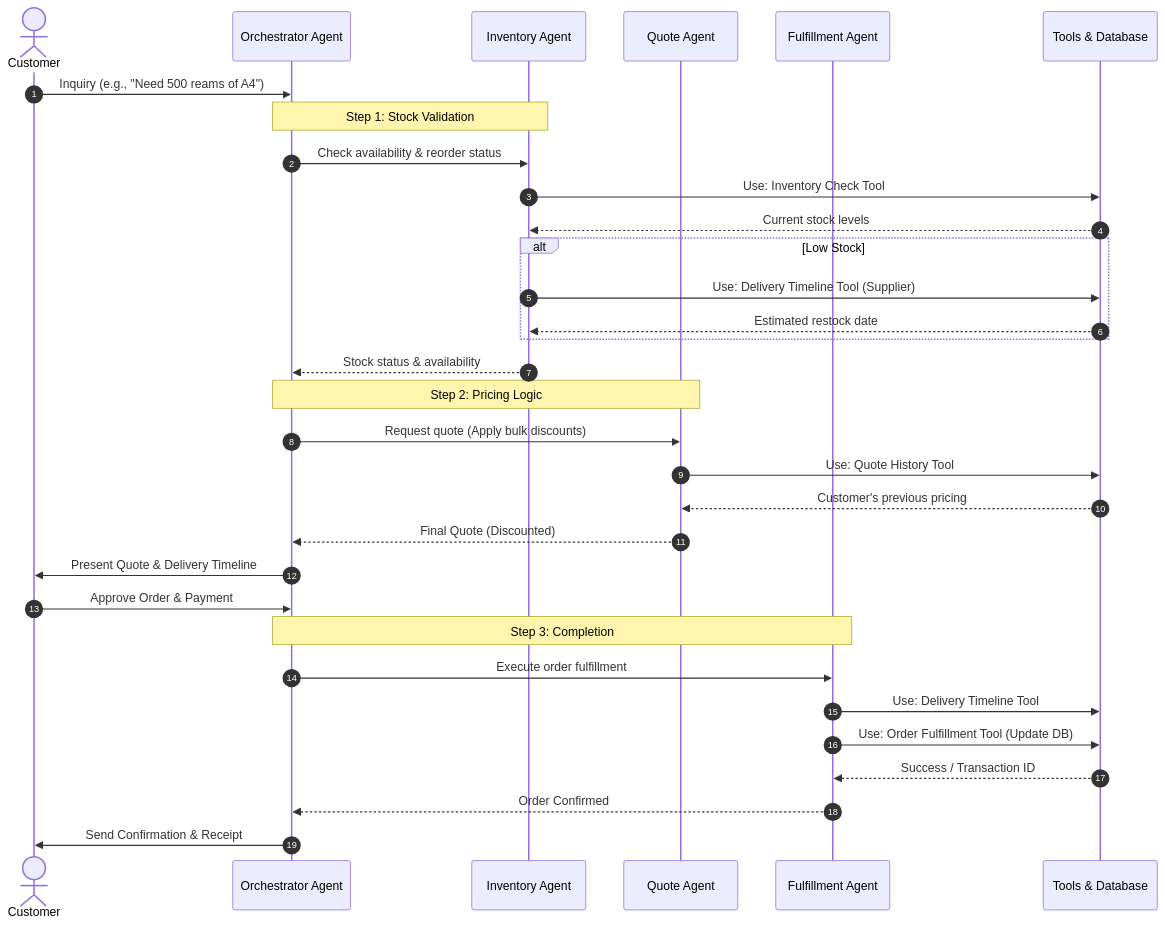
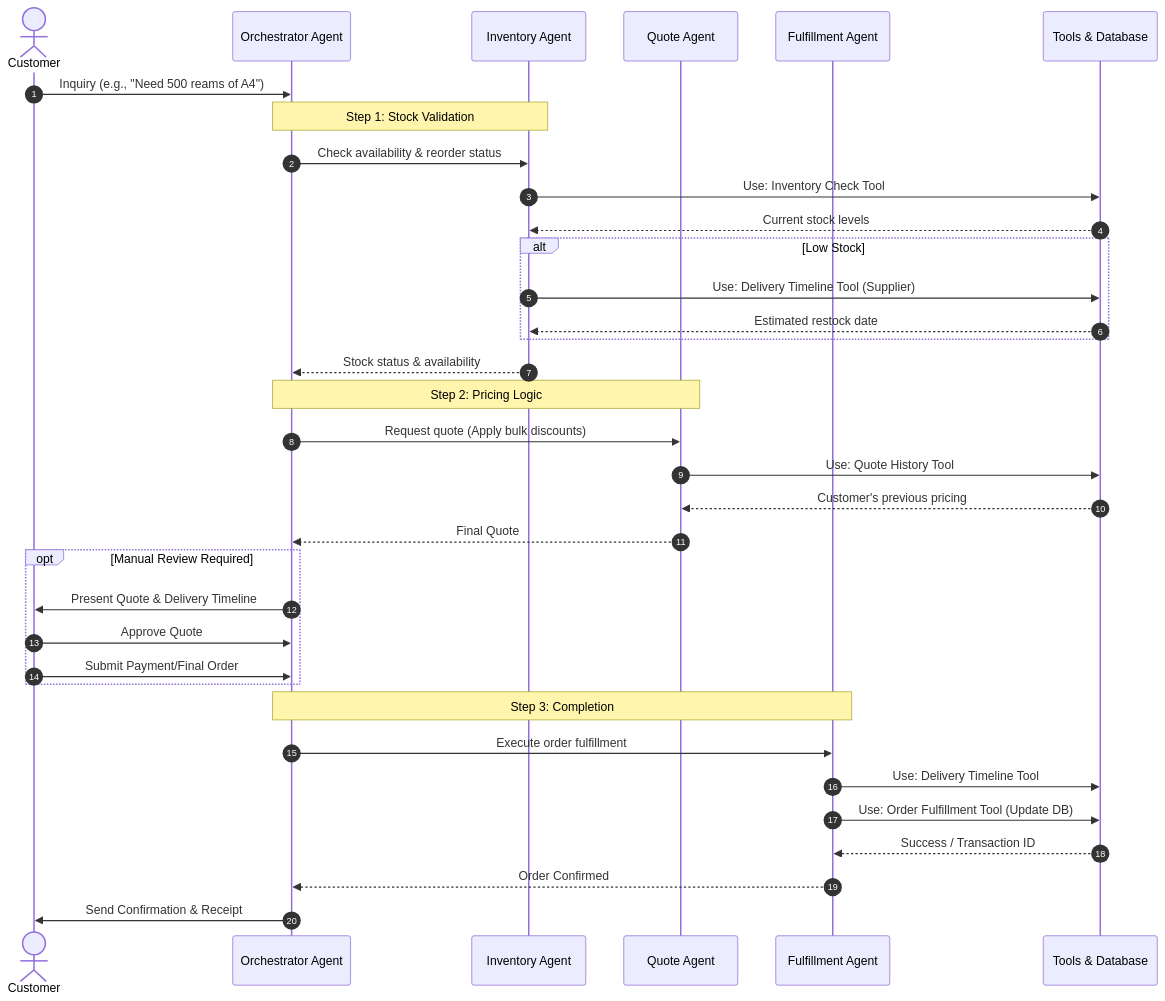
One commit to hsefati/munder_dufflin_multi_agent_system changed the diagram in multi_agent_diagram.md. Above: the diagram before and after it, drawn with Mermaid. The commit also changed 1 other file, not shown here.

Commit message:
docs: add optional step to the diagram

````diff
--- a/multi_agent_diagram.md
+++ b/multi_agent_diagram.md
@@ -2,41 +2,46 @@
 ```mermaid
 sequenceDiagram
     autonumber
     actor Customer
     participant Orch as Orchestrator Agent
     participant Inv as Inventory Agent
     participant Quote as Quote Agent
     participant Full as Fulfillment Agent
     participant DB as Tools & Database
 
     Customer->>Orch: Inquiry (e.g., "Need 500 reams of A4")
     
     Note over Orch, Inv: Step 1: Stock Validation
     Orch->>Inv: Check availability & reorder status
     Inv->>DB: Use: Inventory Check Tool
     DB-->>Inv: Current stock levels
     alt Low Stock
         Inv->>DB: Use: Delivery Timeline Tool (Supplier)
         DB-->>Inv: Estimated restock date
     end
     Inv-->>Orch: Stock status & availability
 
     Note over Orch, Quote: Step 2: Pricing Logic
     Orch->>Quote: Request quote (Apply bulk discounts)
     Quote->>DB: Use: Quote History Tool
     DB-->>Quote: Customer's previous pricing
-    Quote-->>Orch: Final Quote (Discounted)
+    Quote-->>Orch: Final Quote
 
-    Orch->>Customer: Present Quote & Delivery Timeline
+    ### New Optional Step ###
+    opt Manual Review Required
+        Orch->>Customer: Present Quote & Delivery Timeline
+        Customer->>Orch: Approve Quote
+        Customer->>Orch: Submit Payment/Final Order
+    end
+
     
-    Customer->>Orch: Approve Order & Payment
 
     Note over Orch, Full: Step 3: Completion
     Orch->>Full: Execute order fulfillment
     Full->>DB: Use: Delivery Timeline Tool
     Full->>DB: Use: Order Fulfillment Tool (Update DB)
     DB-->>Full: Success / Transaction ID
     Full-->>Orch: Order Confirmed
 
     Orch->>Customer: Send Confirmation & Receipt
 ```
````
